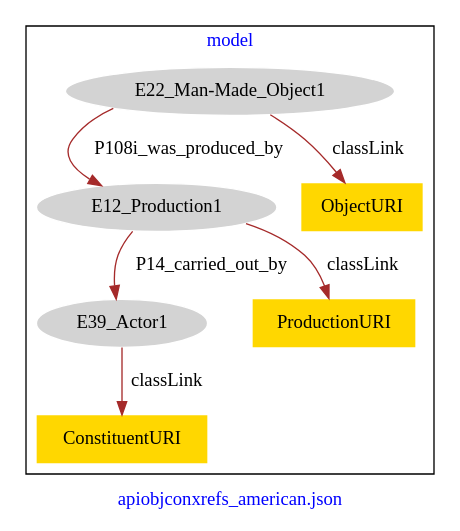
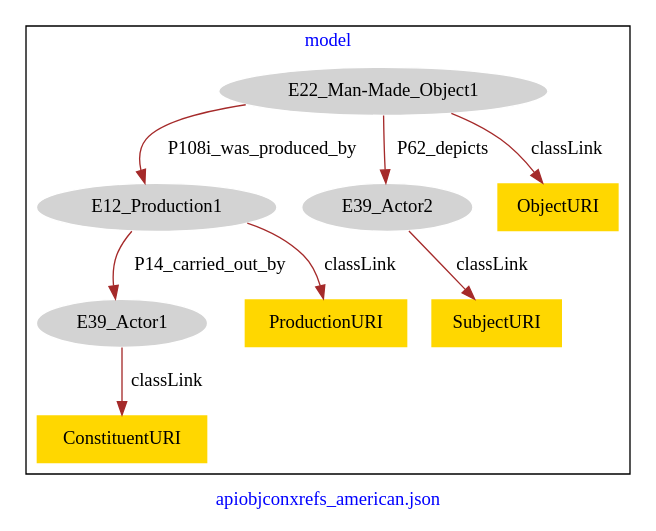
One commit to american-art/PUAM changed the diagram in apiobjconxrefs_american/apiobjconxrefs_american-model.dot. Above: the diagram before and after it, drawn with Graphviz.

Commit message:
Update file apiobjconxrefs_american-model.dot

```diff
--- a/apiobjconxrefs_american/apiobjconxrefs_american-model.dot
+++ b/apiobjconxrefs_american/apiobjconxrefs_american-model.dot
@@ -1,19 +1,23 @@
 digraph n0 {
 fontcolor="blue"
 remincross="true"
 label="apiobjconxrefs_american.json"
 subgraph cluster {
 label="model"
 n2[style="filled",color="white",fillcolor="lightgray",label="E12_Production1"];
 n3[style="filled",color="white",fillcolor="lightgray",label="E39_Actor1"];
 n4[style="filled",color="white",fillcolor="lightgray",label="E22_Man-Made_Object1"];
-n5[shape="plaintext",style="filled",fillcolor="gold",label="ConstituentURI"];
-n6[shape="plaintext",style="filled",fillcolor="gold",label="ObjectURI"];
-n7[shape="plaintext",style="filled",fillcolor="gold",label="ProductionURI"];
+n5[style="filled",color="white",fillcolor="lightgray",label="E39_Actor2"];
+n6[shape="plaintext",style="filled",fillcolor="gold",label="SubjectURI"];
+n7[shape="plaintext",style="filled",fillcolor="gold",label="ConstituentURI"];
+n8[shape="plaintext",style="filled",fillcolor="gold",label="ProductionURI"];
+n9[shape="plaintext",style="filled",fillcolor="gold",label="ObjectURI"];
 }
 n2 -> n3[color="brown",fontcolor="black",label="P14_carried_out_by"]
 n4 -> n2[color="brown",fontcolor="black",label="P108i_was_produced_by"]
-n3 -> n5[color="brown",fontcolor="black",label="classLink"]
-n4 -> n6[color="brown",fontcolor="black",label="classLink"]
-n2 -> n7[color="brown",fontcolor="black",label="classLink"]
+n4 -> n5[color="brown",fontcolor="black",label="P62_depicts"]
+n5 -> n6[color="brown",fontcolor="black",label="classLink"]
+n3 -> n7[color="brown",fontcolor="black",label="classLink"]
+n2 -> n8[color="brown",fontcolor="black",label="classLink"]
+n4 -> n9[color="brown",fontcolor="black",label="classLink"]
 }
```
